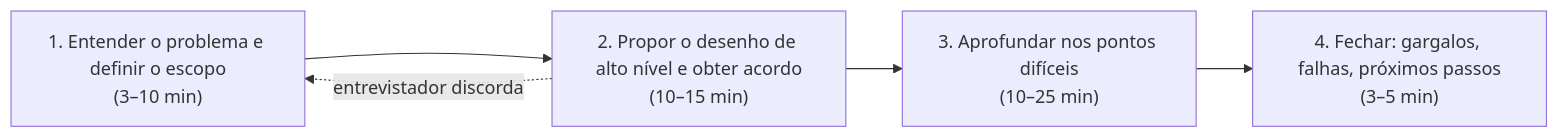
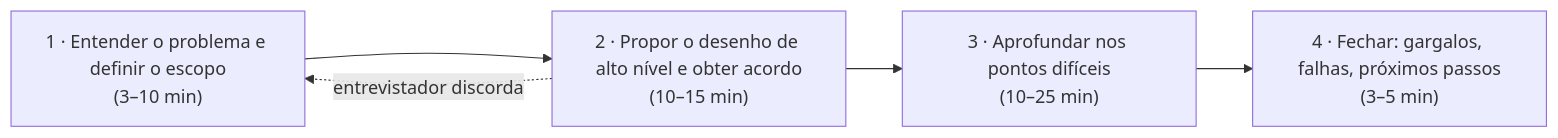
One commit to ogatalars/guia_software_engineering_teorico changed the diagram in content/pt-br/system-design/system-design-interview/01-o-metodo-de-4-passos.md. Above: the diagram before and after it, drawn with Mermaid. The commit also changed 12 other files, not shown here.

First line of the commit message:
fix(content): corrige diagramas Mermaid com rótulos iniciados por 'N.'

````diff
--- a/content/pt-br/system-design/system-design-interview/01-o-metodo-de-4-passos.md
+++ b/content/pt-br/system-design/system-design-interview/01-o-metodo-de-4-passos.md
@@ -36,7 +36,7 @@
 ```mermaid
 flowchart LR
-    P1["1. Entender o problema e definir o escopo<br/>(3–10 min)"] --> P2["2. Propor o desenho de alto nível e obter acordo<br/>(10–15 min)"]
-    P2 --> P3["3. Aprofundar nos pontos difíceis<br/>(10–25 min)"]
-    P3 --> P4["4. Fechar: gargalos, falhas, próximos passos<br/>(3–5 min)"]
+    P1["1 · Entender o problema e definir o escopo<br/>(3–10 min)"] --> P2["2 · Propor o desenho de alto nível e obter acordo<br/>(10–15 min)"]
+    P2 --> P3["3 · Aprofundar nos pontos difíceis<br/>(10–25 min)"]
+    P3 --> P4["4 · Fechar: gargalos, falhas, próximos passos<br/>(3–5 min)"]
     P2 -. "entrevistador discorda" .-> P1
 ```
````
